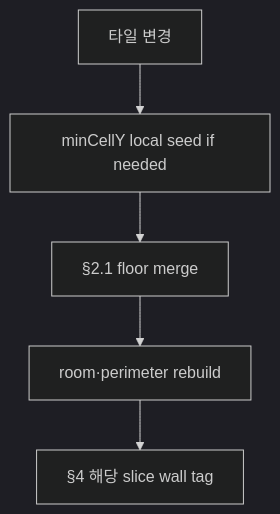
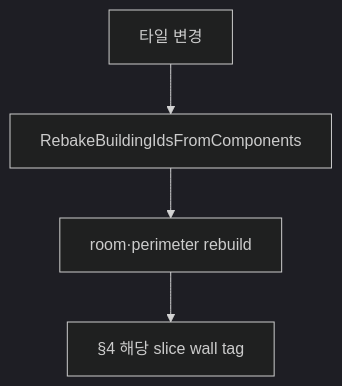
One commit to garunnir/Project_Pictureless changed the fifth of 6 diagrams in Assets/Dist/Scripts/Map/TileMap/TILEMAP_BUILDING_BAKE.md. Above: the diagram before and after it, drawn with Mermaid (dark theme). The commit also changed other lines of this file and 18 other files, not shown here.

````diff
--- a/Assets/Dist/Scripts/Map/TileMap/TILEMAP_BUILDING_BAKE.md
+++ b/Assets/Dist/Scripts/Map/TileMap/TILEMAP_BUILDING_BAKE.md
@@ -380,7 +404,6 @@
 ```mermaid
 flowchart TD
-    Edit[타일 변경] --> Seed[minCellY local seed if needed]
-    Seed --> FloorMerge[§2.1 floor merge]
-    FloorMerge --> Room[room·perimeter rebuild]
+    Edit[타일 변경] --> Rebake[RebakeBuildingIdsFromComponents]
+    Rebake --> Room[room·perimeter rebuild]
     Room --> WallTag[§4 해당 slice wall tag]
 ```
````
